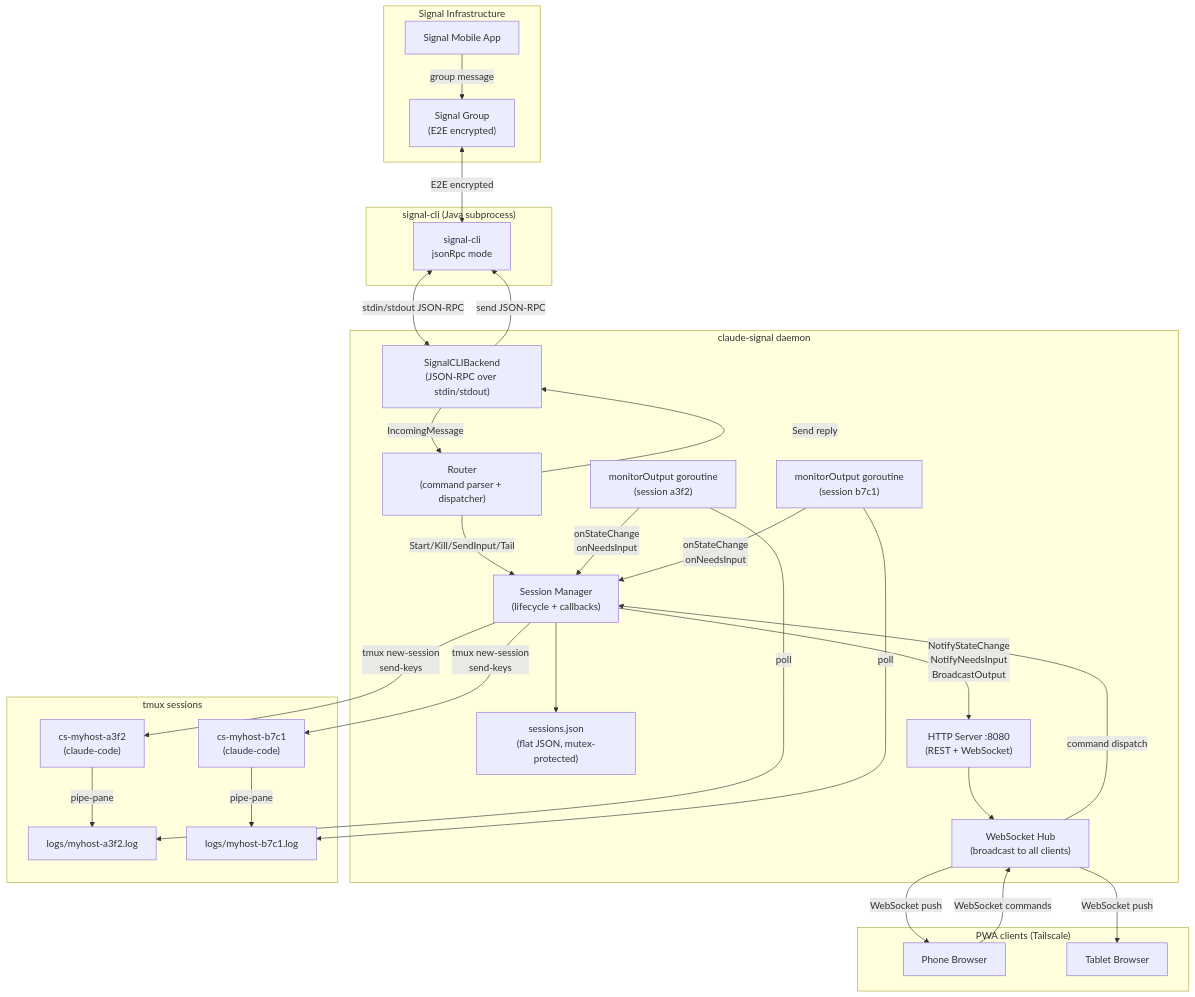
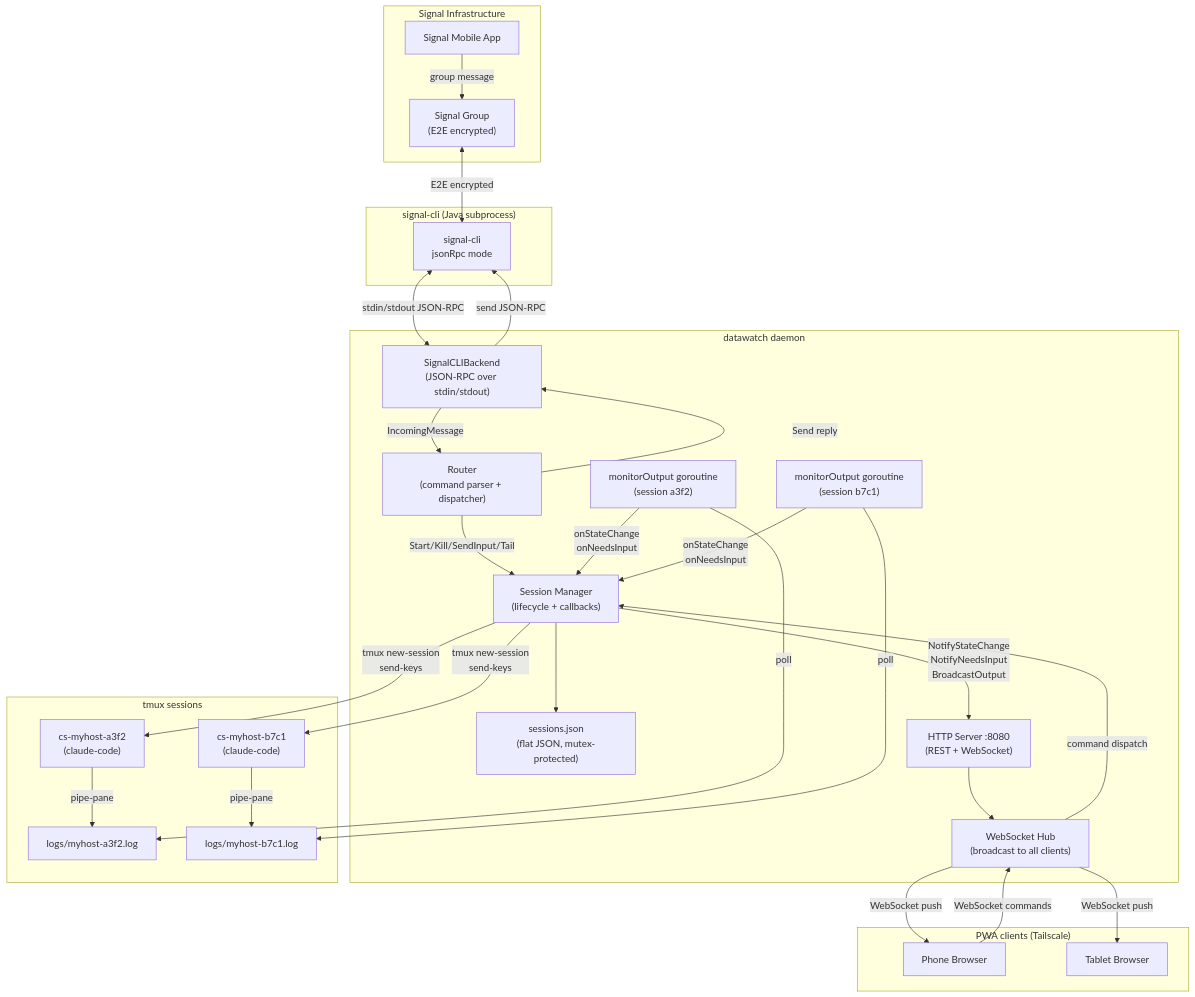
Before and after one commit to dmz006/datawatch: the first of 7 diagrams in docs/data-flow.md, drawn with Mermaid. The commit also changed other lines of this file and 82 other files, not shown here.

First line of the commit message:
Rename project from claude-signal to datawatch

````diff
--- a/docs/data-flow.md
+++ b/docs/data-flow.md
@@ -11,57 +11,57 @@
 ```mermaid
 graph TD
     subgraph "Signal Infrastructure"
         Phone["Signal Mobile App"]
         Group["Signal Group\n(E2E encrypted)"]
     end
 
     subgraph "signal-cli (Java subprocess)"
         SCLI["signal-cli\njsonRpc mode"]
     end
 
-    subgraph "claude-signal daemon"
+    subgraph "datawatch daemon"
         Bridge["SignalCLIBackend\n(JSON-RPC over stdin/stdout)"]
         Router["Router\n(command parser + dispatcher)"]
         Manager["Session Manager\n(lifecycle + callbacks)"]
         Store["sessions.json\n(flat JSON, mutex-protected)"]
         Monitor1["monitorOutput goroutine\n(session a3f2)"]
         Monitor2["monitorOutput goroutine\n(session b7c1)"]
         HTTPServer["HTTP Server :8080\n(REST + WebSocket)"]
         Hub["WebSocket Hub\n(broadcast to all clients)"]
     end
 
     subgraph "tmux sessions"
         T1["cs-myhost-a3f2\n(claude-code)"]
         T2["cs-myhost-b7c1\n(claude-code)"]
         L1["logs/myhost-a3f2.log"]
         L2["logs/myhost-b7c1.log"]
     end
 
     subgraph "PWA clients (Tailscale)"
         PWA1["Phone Browser"]
         PWA2["Tablet Browser"]
     end
 
     Phone -->|group message| Group
     Group <-->|E2E encrypted| SCLI
     SCLI <-->|stdin/stdout JSON-RPC| Bridge
     Bridge -->|IncomingMessage| Router
     Router -->|Start/Kill/SendInput/Tail| Manager
     Router -->|Send reply| Bridge
     Bridge -->|send JSON-RPC| SCLI
     Manager --> Store
     Manager -->|tmux new-session\nsend-keys| T1
     Manager -->|tmux new-session\nsend-keys| T2
     T1 -->|pipe-pane| L1
     T2 -->|pipe-pane| L2
     Monitor1 -->|poll| L1
     Monitor2 -->|poll| L2
     Monitor1 -->|onStateChange\nonNeedsInput| Manager
     Monitor2 -->|onStateChange\nonNeedsInput| Manager
     Manager -->|NotifyStateChange\nNotifyNeedsInput\nBroadcastOutput| HTTPServer
     HTTPServer --> Hub
     Hub -->|WebSocket push| PWA1
     Hub -->|WebSocket push| PWA2
     PWA1 -->|WebSocket commands| Hub
     Hub -->|command dispatch| Manager
 ```
````
